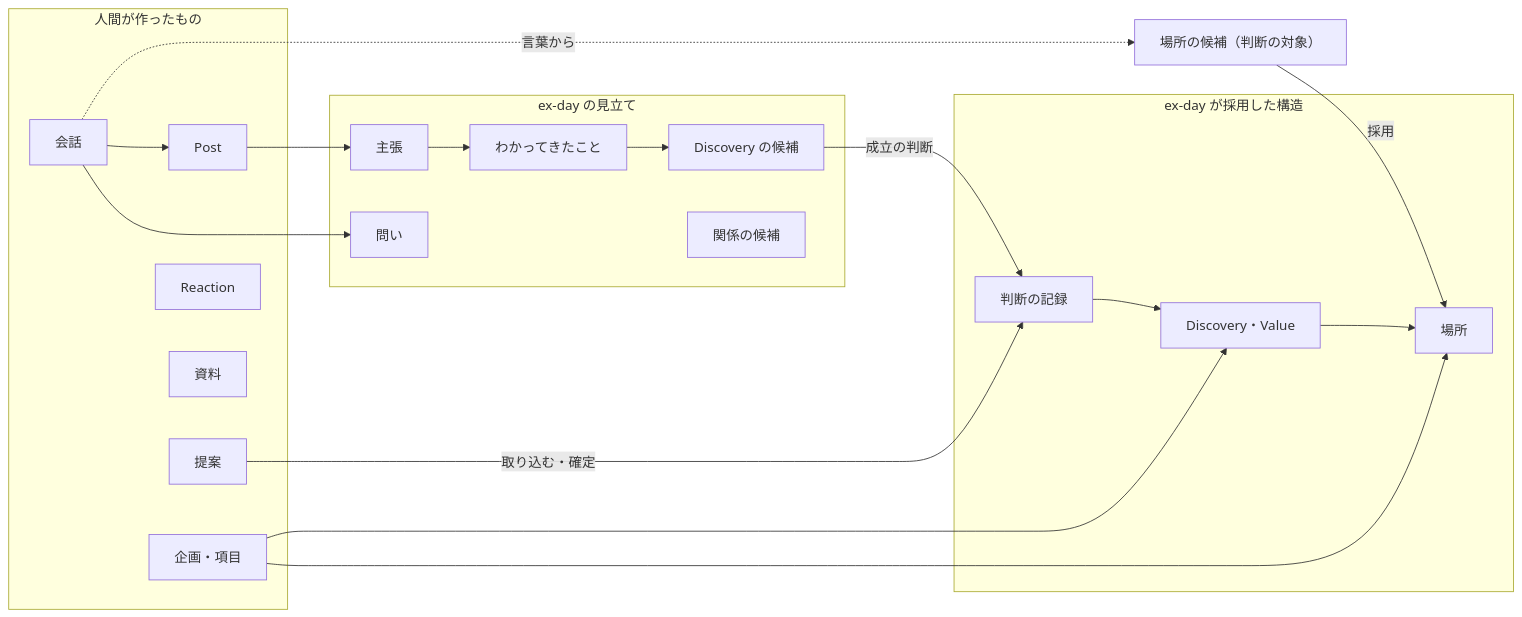
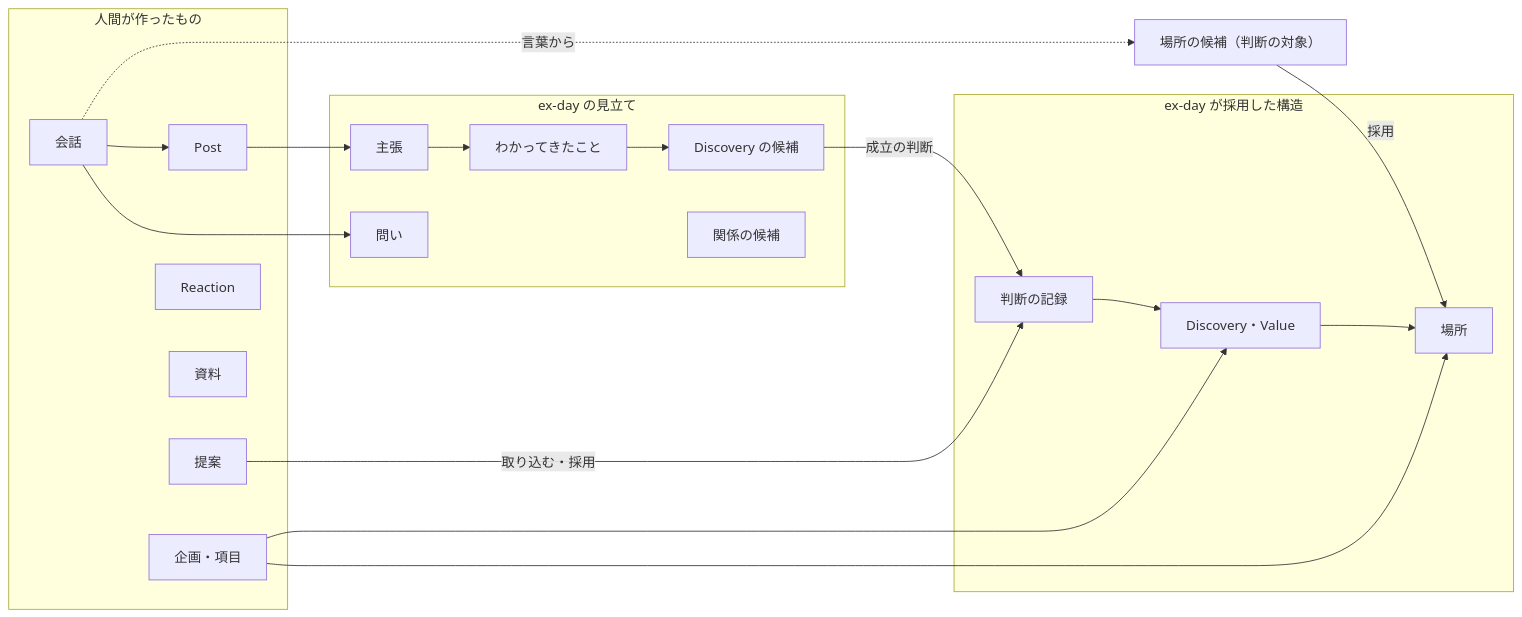
Before and after one commit to ex-day/platform: the first of 2 diagrams in docs/ex-day_domain_model.md, drawn with Mermaid. The commit also changed other lines of this file, not shown here.

````diff
--- a/docs/ex-day_domain_model.md
+++ b/docs/ex-day_domain_model.md
@@ -79,36 +81,36 @@
 ```mermaid
 flowchart LR
     subgraph H["人間が作ったもの"]
         C["会話"]
         P["Post"]
         PJ["企画・項目"]
         PR["提案"]
         RE["Reaction"]
         ME["資料"]
     end
     subgraph V["ex-day の見立て"]
         CL["主張"]
         F["わかってきたこと"]
         Q["問い"]
         DC["Discovery の候補"]
         PC["関係の候補"]
     end
     subgraph A["ex-day が採用した構造"]
         PL["場所"]
         D["Discovery・Value"]
         DD["判断の記録"]
     end
     C --> P
     P --> CL
     CL --> F
     C --> Q
     F --> DC
     C -.->|言葉から| PCA["場所の候補（判断の対象）"]
     PCA -->|採用| PL
     DC -->|成立の判断| DD
-    PR -->|取り込む・確定| DD
+    PR -->|取り込む・採用| DD
     DD --> D
     D --> PL
     PJ --> PL
     PJ --> D
 ```
````
